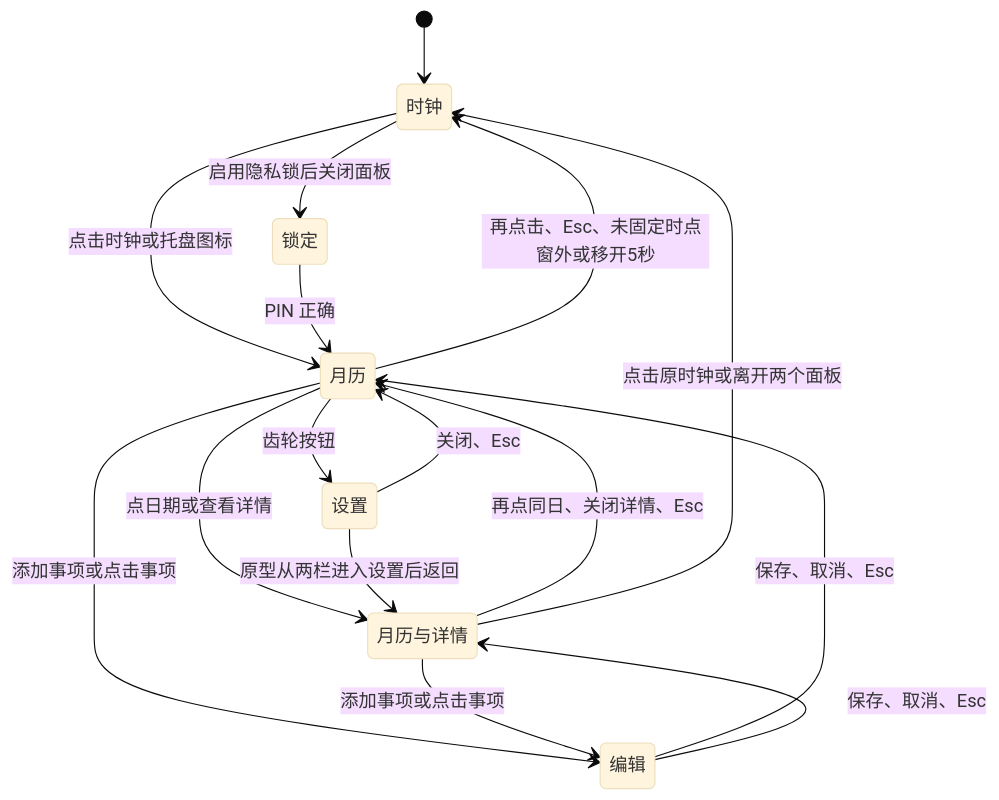
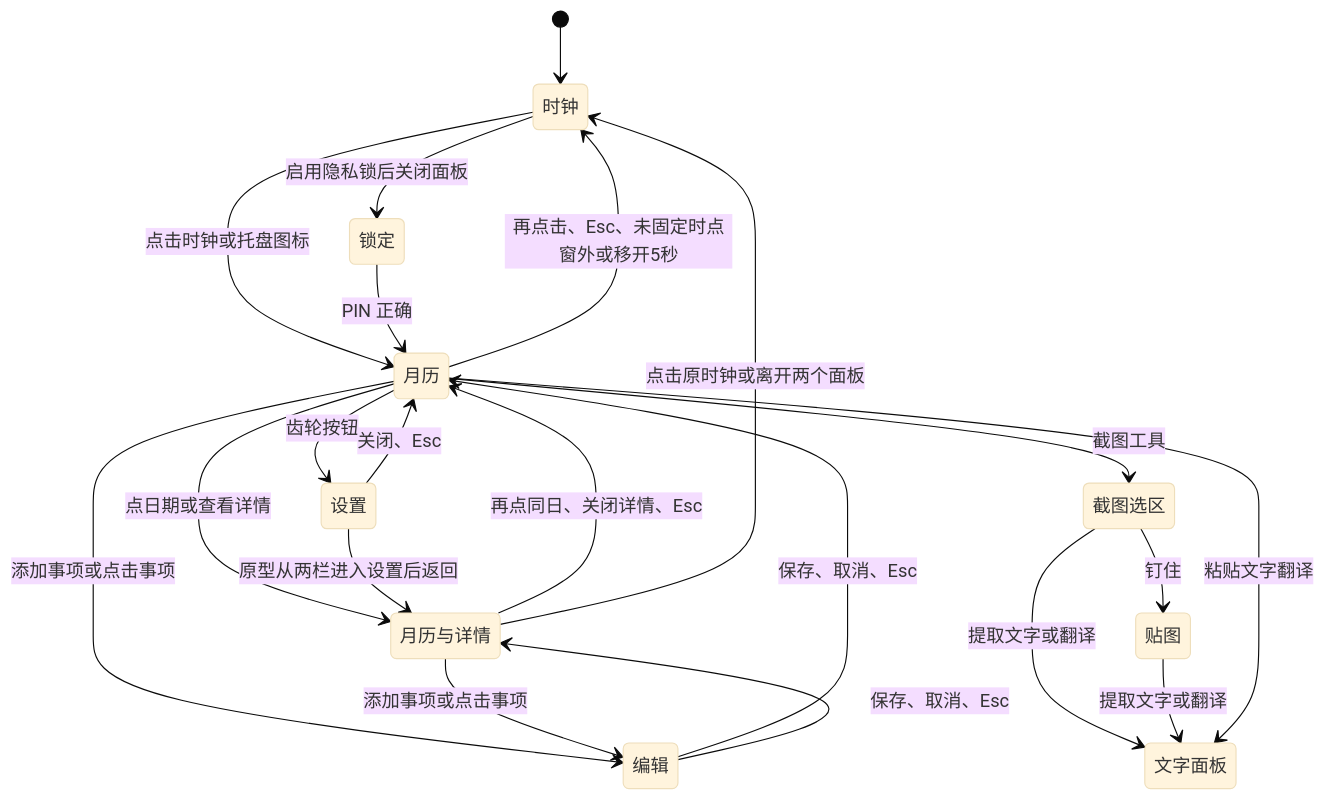
The diagram in docs/interaction-spec.md (hiven425/yxrl), drawn with Mermaid (base theme) before and after one commit. The commit also changed other lines of this file and 37 other files, not shown here.

Commit message:
新增桌面截图贴图、离线中英文识别与文字翻译

````diff
--- a/docs/interaction-spec.md
+++ b/docs/interaction-spec.md
@@ -32,18 +32,23 @@
 ```mermaid
 stateDiagram-v2
     [*] --> 时钟
     时钟 --> 月历: 点击时钟或托盘图标
     月历 --> 时钟: 再点击、Esc、未固定时点窗外或移开5秒
     月历 --> 月历与详情: 点日期或查看详情
     月历与详情 --> 月历: 再点同日、关闭详情、Esc
     月历与详情 --> 时钟: 点击原时钟或离开两个面板
     月历 --> 编辑: 添加事项或点击事项
     月历与详情 --> 编辑: 添加事项或点击事项
     编辑 --> 月历: 保存、取消、Esc
     编辑 --> 月历与详情: 保存、取消、Esc
     月历 --> 设置: 齿轮按钮
+    月历 --> 截图选区: 截图工具
+    截图选区 --> 贴图: 钉住
+    截图选区 --> 文字面板: 提取文字或翻译
+    贴图 --> 文字面板: 提取文字或翻译
+    月历 --> 文字面板: 粘贴文字翻译
     设置 --> 月历: 关闭、Esc
     设置 --> 月历与详情: 原型从两栏进入设置后返回
     时钟 --> 锁定: 启用隐私锁后关闭面板
     锁定 --> 月历: PIN 正确
 ```
````
